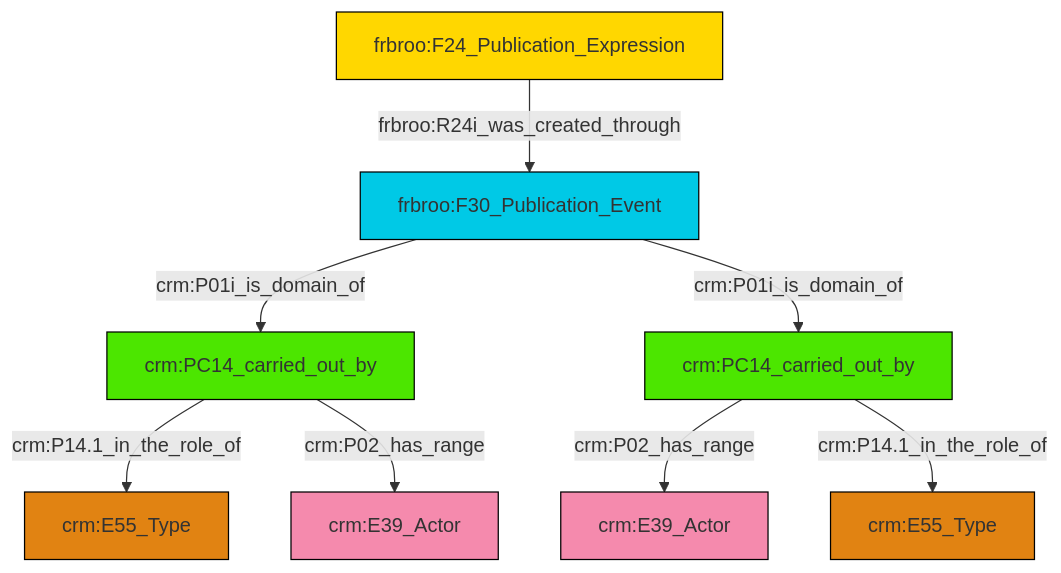
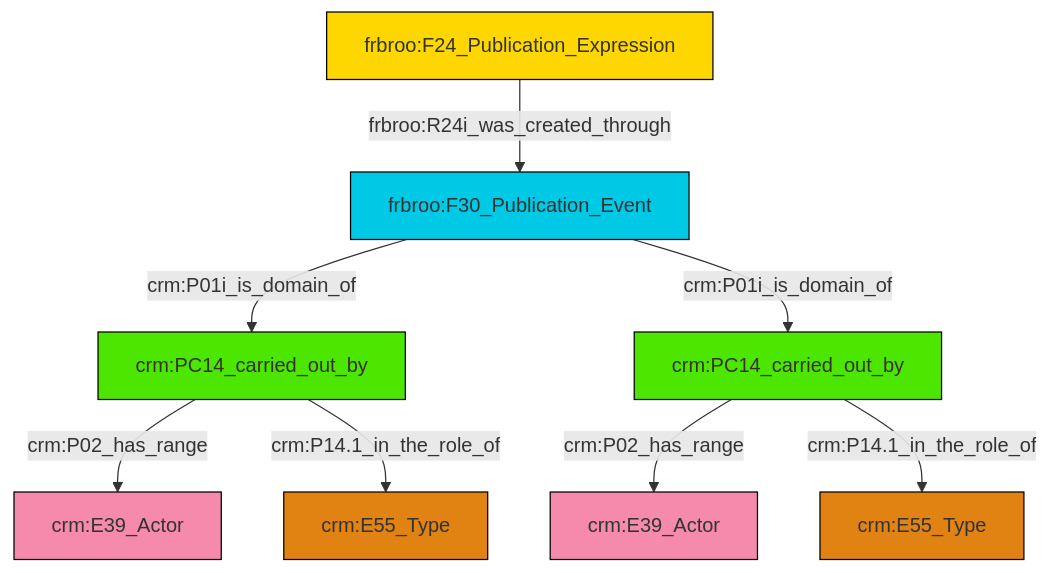
The diagram in et/biblioCSV/ttl/mmd/biblio_actor_relations.ttl.mmd (swiss-art-research-net/docs.swissartresearch), drawn with Mermaid before and after one commit. The commit also changed 173 other files, not shown here.

```diff
--- a/et/biblioCSV/ttl/mmd/biblio_actor_relations.ttl.mmd
+++ b/et/biblioCSV/ttl/mmd/biblio_actor_relations.ttl.mmd
@@ -1,22 +1,22 @@
 graph TD
 classDef Literal fill:#f2f2f2,stroke:#000000;
 classDef CRM_Entity fill:#FFFFFF,stroke:#000000;
 classDef Temporal_Entity fill:#00C9E6, stroke:#000000;
 classDef Type fill:#E18312, stroke:#000000;
 classDef Time-Span fill:#2C9C91, stroke:#000000;
 classDef Appellation fill:#FFEB7F, stroke:#000000;
 classDef Place fill:#008836, stroke:#000000;
 classDef Persistent_Item fill:#B266B2, stroke:#000000;
 classDef Conceptual_Object fill:#FFD700, stroke:#000000;
 classDef Physical_Thing fill:#D2B48C, stroke:#000000;
 classDef Actor fill:#f58aad, stroke:#000000;
 classDef PC_Classes fill:#4ce600, stroke:#000000;
 classDef Multi fill:#cccccc,stroke:#000000;
 
-0["frbroo:F30_Publication_Event"]:::Temporal_Entity -->|crm:P01i_is_domain_of| 1["crm:PC14_carried_out_by"]:::PC_Classes
+0["crm:PC14_carried_out_by"]:::PC_Classes -->|crm:P02_has_range| 1["crm:E39_Actor"]:::Actor
 2["crm:PC14_carried_out_by"]:::PC_Classes -->|crm:P02_has_range| 3["crm:E39_Actor"]:::Actor
-2["crm:PC14_carried_out_by"]:::PC_Classes -->|crm:P14.1_in_the_role_of| 4["crm:E55_Type"]:::Type
-5["frbroo:F24_Publication_Expression"]:::Conceptual_Object -->|frbroo:R24i_was_created_through| 0["frbroo:F30_Publication_Event"]:::Temporal_Entity
-1["crm:PC14_carried_out_by"]:::PC_Classes -->|crm:P14.1_in_the_role_of| 8["crm:E55_Type"]:::Type
-1["crm:PC14_carried_out_by"]:::PC_Classes -->|crm:P02_has_range| 11["crm:E39_Actor"]:::Actor
-0["frbroo:F30_Publication_Event"]:::Temporal_Entity -->|crm:P01i_is_domain_of| 2["crm:PC14_carried_out_by"]:::PC_Classes
+6["frbroo:F30_Publication_Event"]:::Temporal_Entity -->|crm:P01i_is_domain_of| 0["crm:PC14_carried_out_by"]:::PC_Classes
+0["crm:PC14_carried_out_by"]:::PC_Classes -->|crm:P14.1_in_the_role_of| 4["crm:E55_Type"]:::Type
+7["frbroo:F24_Publication_Expression"]:::Conceptual_Object -->|frbroo:R24i_was_created_through| 6["frbroo:F30_Publication_Event"]:::Temporal_Entity
+6["frbroo:F30_Publication_Event"]:::Temporal_Entity -->|crm:P01i_is_domain_of| 2["crm:PC14_carried_out_by"]:::PC_Classes
+2["crm:PC14_carried_out_by"]:::PC_Classes -->|crm:P14.1_in_the_role_of| 9["crm:E55_Type"]:::Type
```
